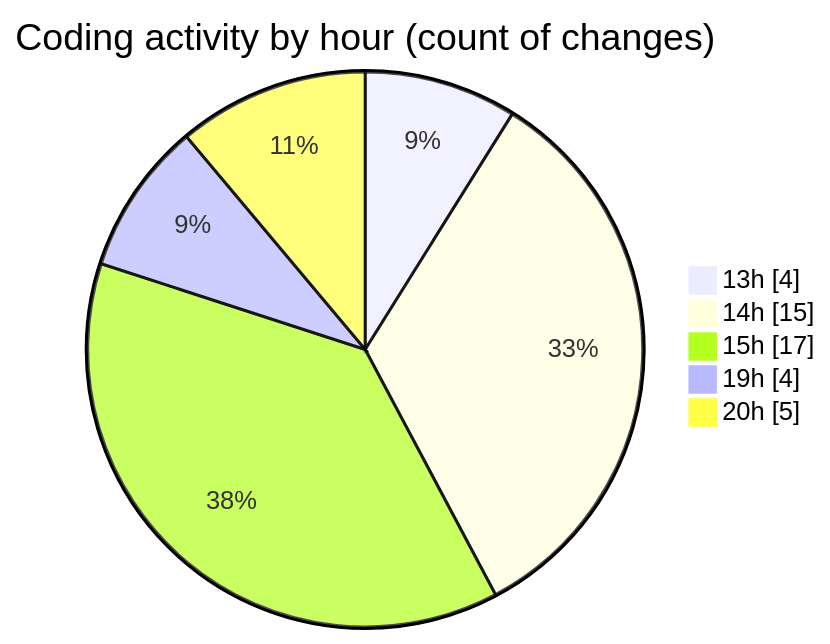
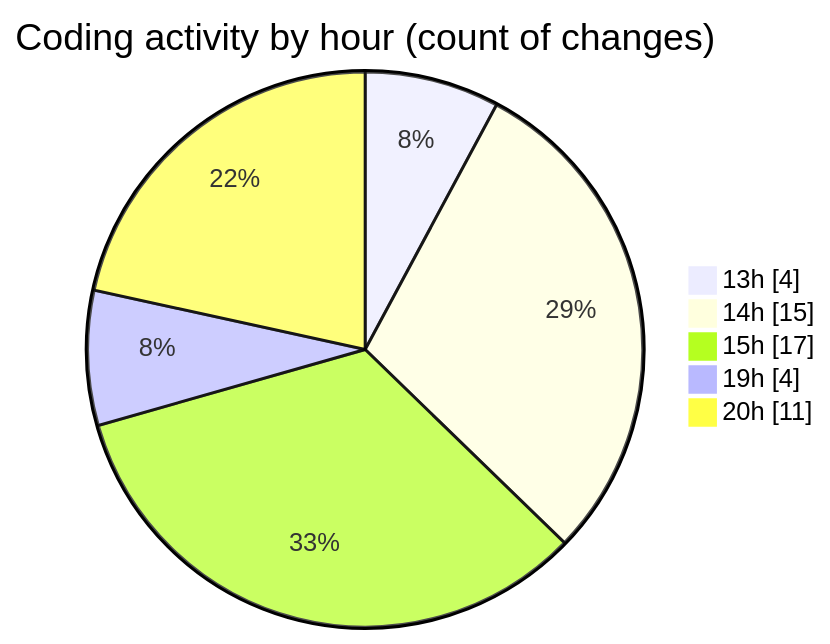
The second of 2 diagrams in 2025-01-21/projects/README.md (Ritupan-Deka/code-tracking), drawn with Mermaid before and after one commit. The commit also changed other lines of this file and 1 other file, not shown here.

````diff
--- a/2025-01-21/projects/README.md
+++ b/2025-01-21/projects/README.md
@@ -42,9 +42,9 @@
 ```mermaid
 pie showData
 title Coding activity by hour (count of changes)
 "13h" : 4
 "14h" : 15
 "15h" : 17
 "19h" : 4
-"20h" : 5
+"20h" : 11
 ```
````
